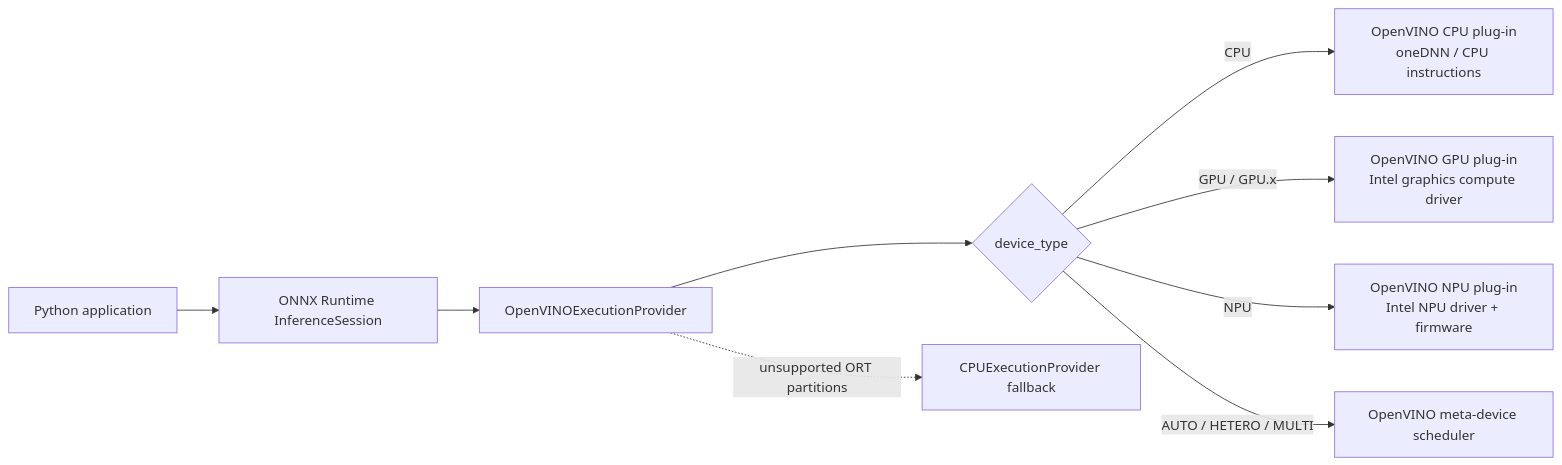
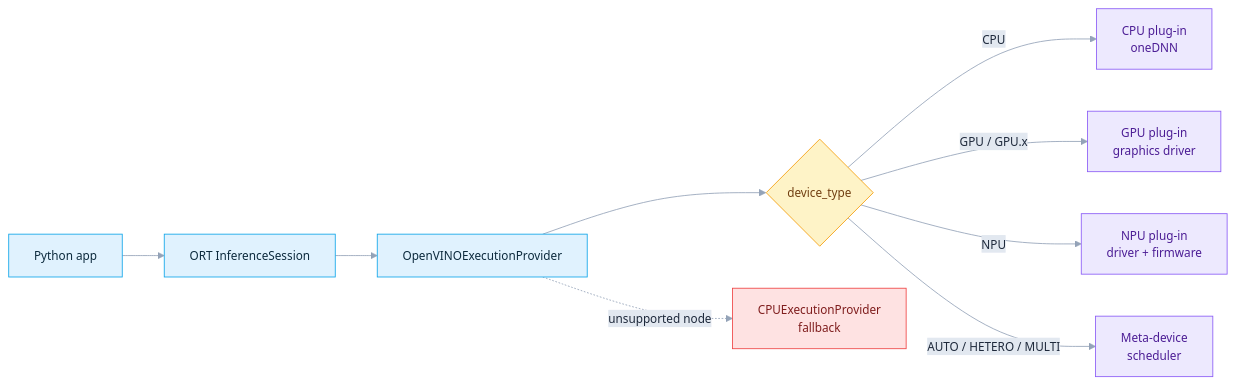
Before and after one commit to DakeQQ/Tutorial-ONNX-Runtime-Execution-Providers: the first of 6 diagrams in Intel/README.md, drawn with Mermaid. The commit also changed other lines of this file and 15 other files, not shown here.

````diff
--- a/Intel/README.md
+++ b/Intel/README.md
@@ -21,11 +60,20 @@
 ```mermaid
+%%{init: {"theme":"base","themeVariables":{"fontSize":"14px","lineColor":"#94a3b8","edgeLabelBackground":"#e2e8f0","primaryTextColor":"#1e293b"}}}%%
 flowchart LR
-    A[Python application] --> B[ONNX Runtime InferenceSession]
-    B --> C[OpenVINOExecutionProvider]
-    C --> D{device_type}
-    D -->|CPU| E[OpenVINO CPU plug-in<br/>oneDNN / CPU instructions]
-    D -->|GPU / GPU.x| F[OpenVINO GPU plug-in<br/>Intel graphics compute driver]
-    D -->|NPU| G[OpenVINO NPU plug-in<br/>Intel NPU driver + firmware]
-    D -->|AUTO / HETERO / MULTI| H[OpenVINO meta-device scheduler]
-    C -. unsupported ORT partitions .-> I[CPUExecutionProvider fallback]
+    A["Python app"] --> B["ORT InferenceSession"]
+    B --> C["OpenVINOExecutionProvider"]
+    C --> D{"device_type"}
+    D -->|CPU| E["CPU plug-in<br/>oneDNN"]
+    D -->|GPU / GPU.x| F["GPU plug-in<br/>graphics driver"]
+    D -->|NPU| G["NPU plug-in<br/>driver + firmware"]
+    D -->|AUTO / HETERO / MULTI| H["Meta-device<br/>scheduler"]
+    C -. unsupported node .-> I["CPUExecutionProvider<br/>fallback"]
+    classDef step fill:#e0f2fe,stroke:#0ea5e9,color:#0c2a3d;
+    classDef dec fill:#fef3c7,stroke:#f59e0b,color:#713f12;
+    classDef dev fill:#ede9fe,stroke:#8b5cf6,color:#4c1d95;
+    classDef bad fill:#fee2e2,stroke:#ef4444,color:#7f1d1d;
+    class A,B,C step;
+    class D dec;
+    class E,F,G,H dev;
+    class I bad;
 ```
````
